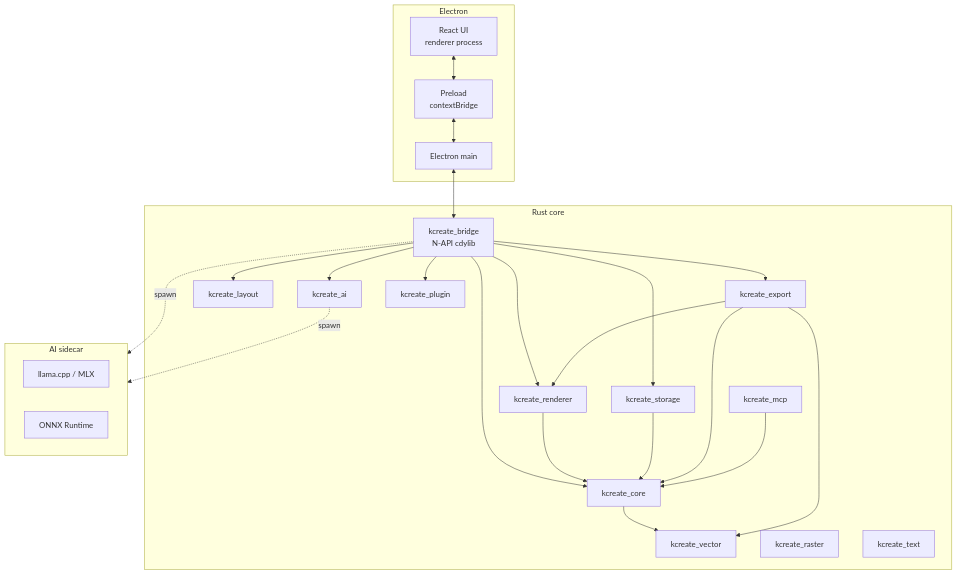
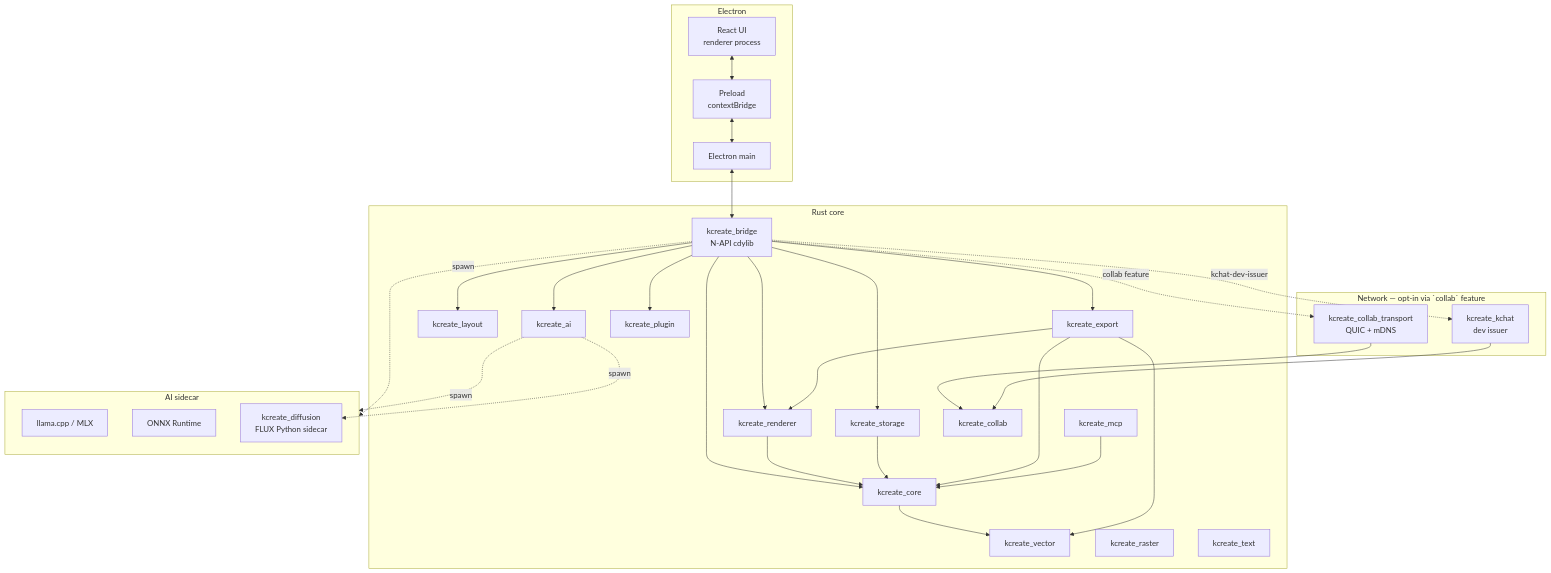
Before and after one commit to kennguy3n/KCreate: the diagram in ARCHITECTURE.md, drawn with Mermaid. The commit also changed other lines of this file and 10 other files, not shown here.

````diff
--- a/ARCHITECTURE.md
+++ b/ARCHITECTURE.md
@@ -12,48 +12,60 @@
 ```mermaid
 flowchart TB
     subgraph electron[Electron]
         renderer[React UI<br/>renderer process]
         preload[Preload<br/>contextBridge]
         main[Electron main]
     end
 
     subgraph rust[Rust core]
         bridge[kcreate_bridge<br/>N-API cdylib]
         core[kcreate_core]
         renderer_rs[kcreate_renderer]
         storage[kcreate_storage]
         vector[kcreate_vector]
         export[kcreate_export]
         raster[kcreate_raster]
         text[kcreate_text]
         layout_rs[kcreate_layout]
         ai_rs[kcreate_ai]
         mcp_rs[kcreate_mcp]
         plugin[kcreate_plugin]
+        collab[kcreate_collab]
+    end
+
+    subgraph network[Network — opt-in via `collab` feature]
+        collab_transport[kcreate_collab_transport<br/>QUIC + mDNS]
+        kchat[kcreate_kchat<br/>dev issuer]
     end
 
     subgraph ai[AI sidecar]
         llama[llama.cpp / MLX]
         onnx[ONNX Runtime]
+        diffusion[kcreate_diffusion<br/>FLUX Python sidecar]
     end
 
     renderer <--> preload
     preload <--> main
     main <--> bridge
     bridge --> core
     bridge --> renderer_rs
     bridge --> storage
     bridge --> export
     bridge --> ai_rs
     bridge --> layout_rs
     bridge --> plugin
+    bridge -. collab feature .-> collab_transport
+    bridge -. kchat-dev-issuer .-> kchat
+    collab_transport --> collab
+    kchat --> collab
     core --> vector
     renderer_rs --> core
     storage --> core
     export --> core
     export --> renderer_rs
     export --> vector
     mcp_rs --> core
     bridge -. spawn .-> ai
     ai_rs -. spawn .-> ai
+    ai_rs -. spawn .-> diffusion
 ```
````
